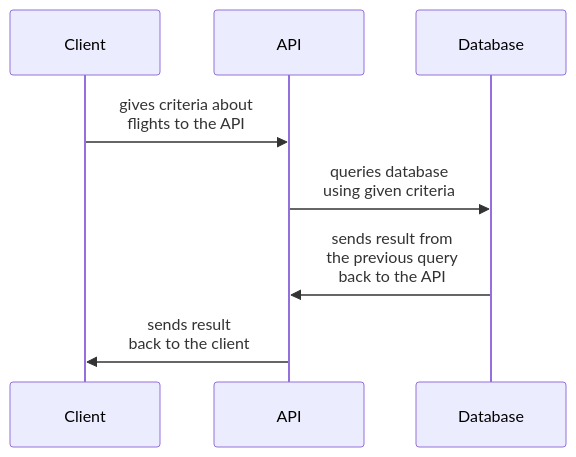
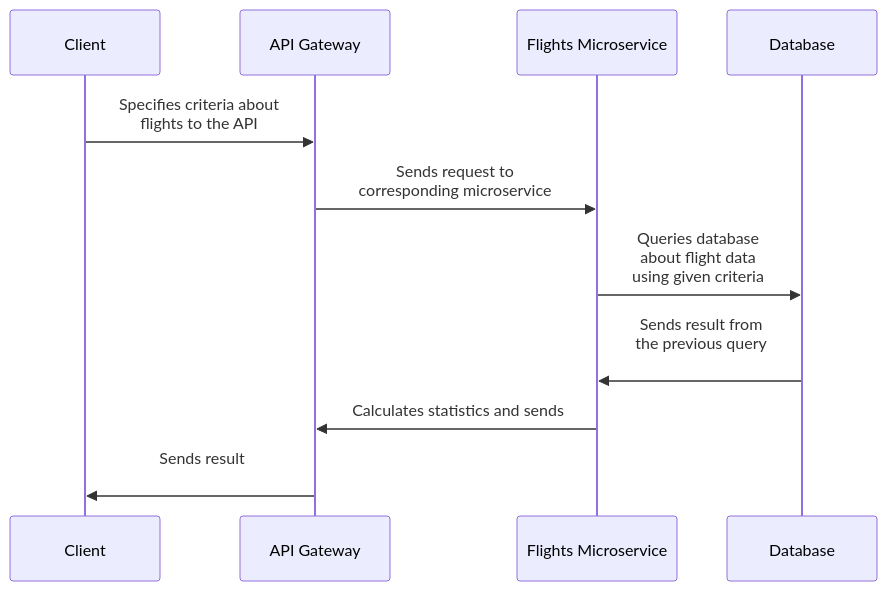
One commit to selous1/FlightsData changed the first of 7 diagrams in proj-information.md. Above: the diagram before and after it, drawn with Mermaid. The commit also changed other lines of this file, not shown here.

Commit message:
Update use cases - Add microservices to use case diagrams - Update certain endpoints - Remove redundancy

````diff
--- a/proj-information.md
+++ b/proj-information.md
@@ -94,10 +22,12 @@
 ```mermaid
 
 sequenceDiagram
 
-  Client->>API: gives criteria about <br> flights to the API
-	API->>Database: queries database <br> using given criteria
-	Database->>API: sends result from <br> the previous query <br> back to the API
-  API->>Client: sends result <br> back to the client
+  Client->>API Gateway: Specifies criteria about <br> flights to the API
+	API Gateway->>Flights Microservice: Sends request to <br> corresponding microservice
+  Flights Microservice->>Database: Queries database <br> about flight data <br> using given criteria
+	Database->>Flights Microservice: Sends result from <br> the previous query <br>
+  Flights Microservice->>API Gateway: Calculates statistics and sends
+  API Gateway->>Client: Sends result <br>
 
 ```
````
